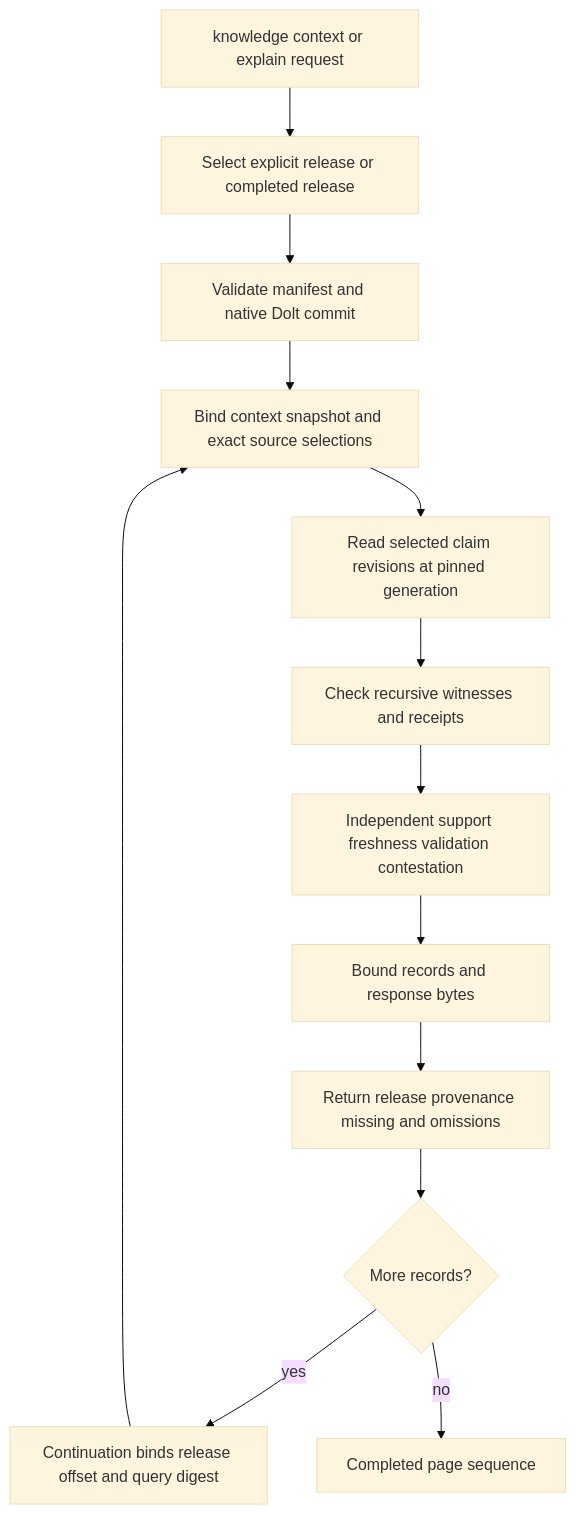
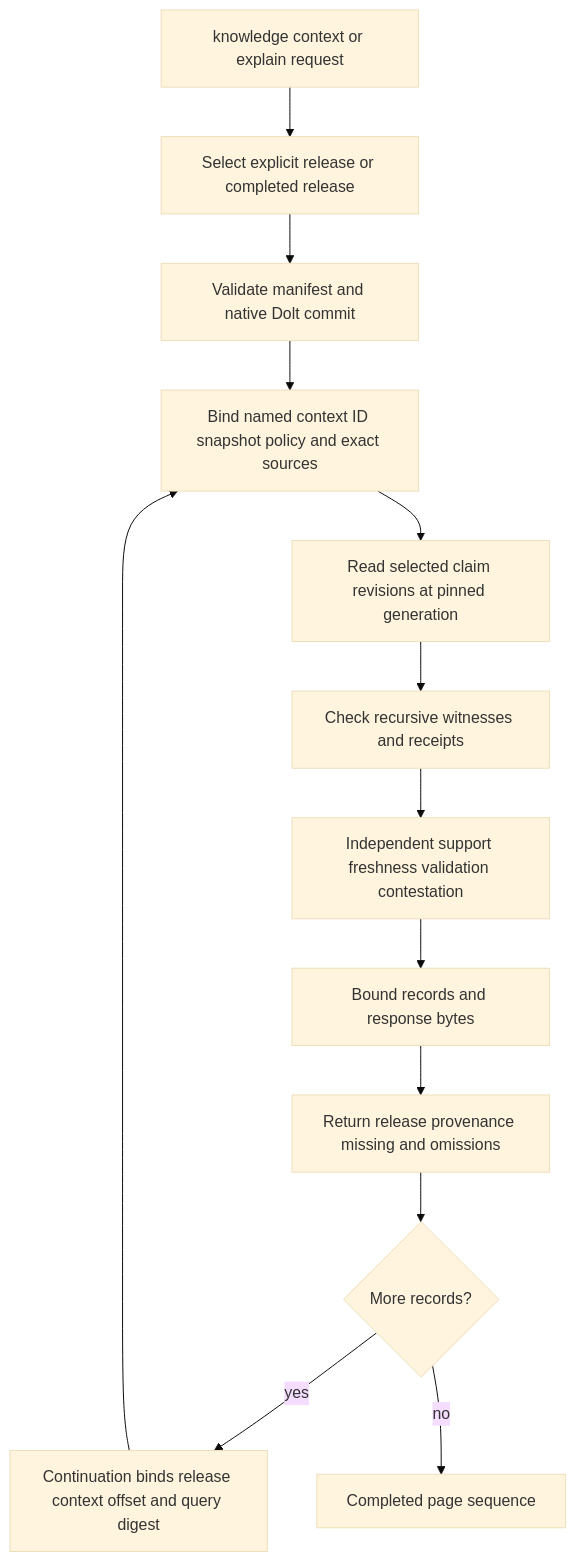
The first of 4 diagrams in docs/kctx/flows.md (tknawara/kctx), drawn with Mermaid (base theme) before and after one commit. The commit also changed other lines of this file and 50 other files, not shown here.

````diff
--- a/docs/kctx/flows.md
+++ b/docs/kctx/flows.md
@@ -10,15 +10,15 @@
 ```mermaid
 flowchart TD
     A[knowledge context or explain request] --> B[Select explicit release or completed release]
     B --> C[Validate manifest and native Dolt commit]
-    C --> D[Bind context snapshot and exact source selections]
+    C --> D[Bind named context ID snapshot policy and exact sources]
     D --> E[Read selected claim revisions at pinned generation]
     E --> F[Check recursive witnesses and receipts]
     F --> G[Independent support freshness validation contestation]
     G --> H[Bound records and response bytes]
     H --> I[Return release provenance missing and omissions]
     I --> J{More records?}
-    J -->|yes| K[Continuation binds release offset and query digest]
+    J -->|yes| K[Continuation binds release context offset and query digest]
     K --> D
     J -->|no| L[Completed page sequence]
 ```
````
